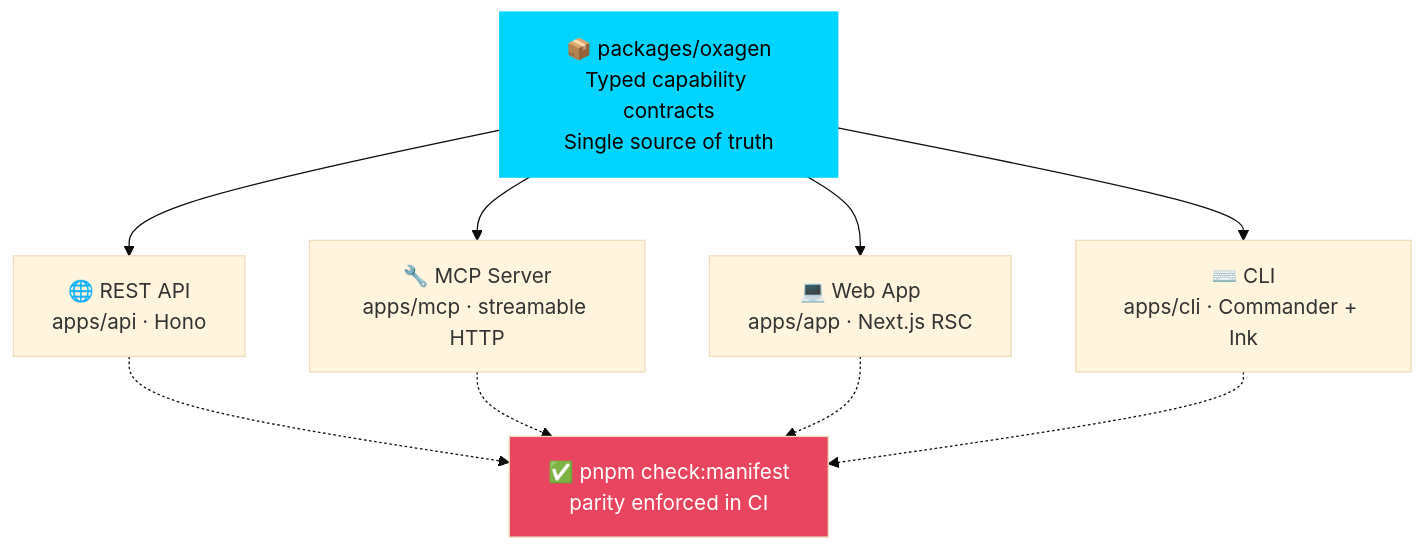
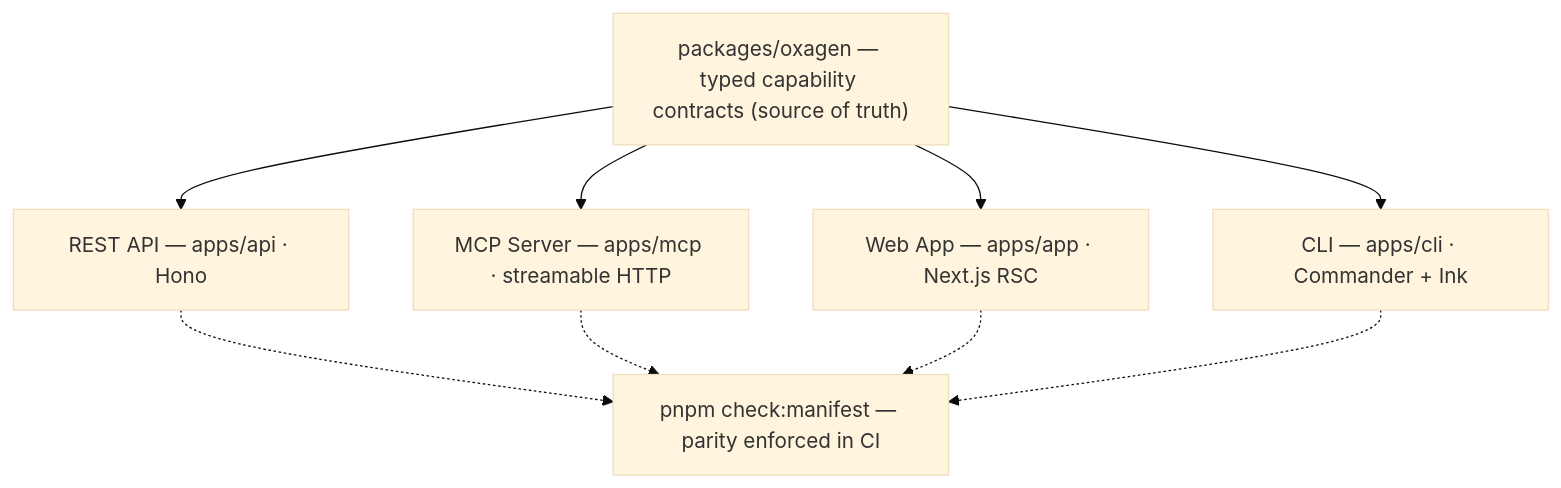
One commit to macanderson/oxagen changed the second of 2 diagrams in README.md. Above: the diagram before and after it, drawn with Mermaid (base theme). The commit also changed other lines of this file and 2 other files, not shown here.

````diff
--- a/README.md
+++ b/README.md
@@ -80,23 +60,20 @@
 ```mermaid
 graph TB
-    A["📦 packages/oxagen<br/>Typed capability contracts<br/>Single source of truth"]
+    A["packages/oxagen — typed capability contracts (source of truth)"]
 
-    B["🌐 REST API<br/>apps/api · Hono"]
-    C["🔧 MCP Server<br/>apps/mcp · streamable HTTP"]
-    D["💻 Web App<br/>apps/app · Next.js RSC"]
-    E["⌨️ CLI<br/>apps/cli · Commander + Ink"]
+    B["REST API — apps/api · Hono"]
+    C["MCP Server — apps/mcp · streamable HTTP"]
+    D["Web App — apps/app · Next.js RSC"]
+    E["CLI — apps/cli · Commander + Ink"]
 
     A --> B
     A --> C
     A --> D
     A --> E
 
-    F["✅ pnpm check:manifest<br/>parity enforced in CI"]
+    F["pnpm check:manifest — parity enforced in CI"]
     B -.-> F
     C -.-> F
     D -.-> F
     E -.-> F
-
-    style A fill:#00d4ff,color:#000,stroke:#00d4ff,stroke-width:3px
-    style F fill:#e94560,color:#fff
 ```
````
